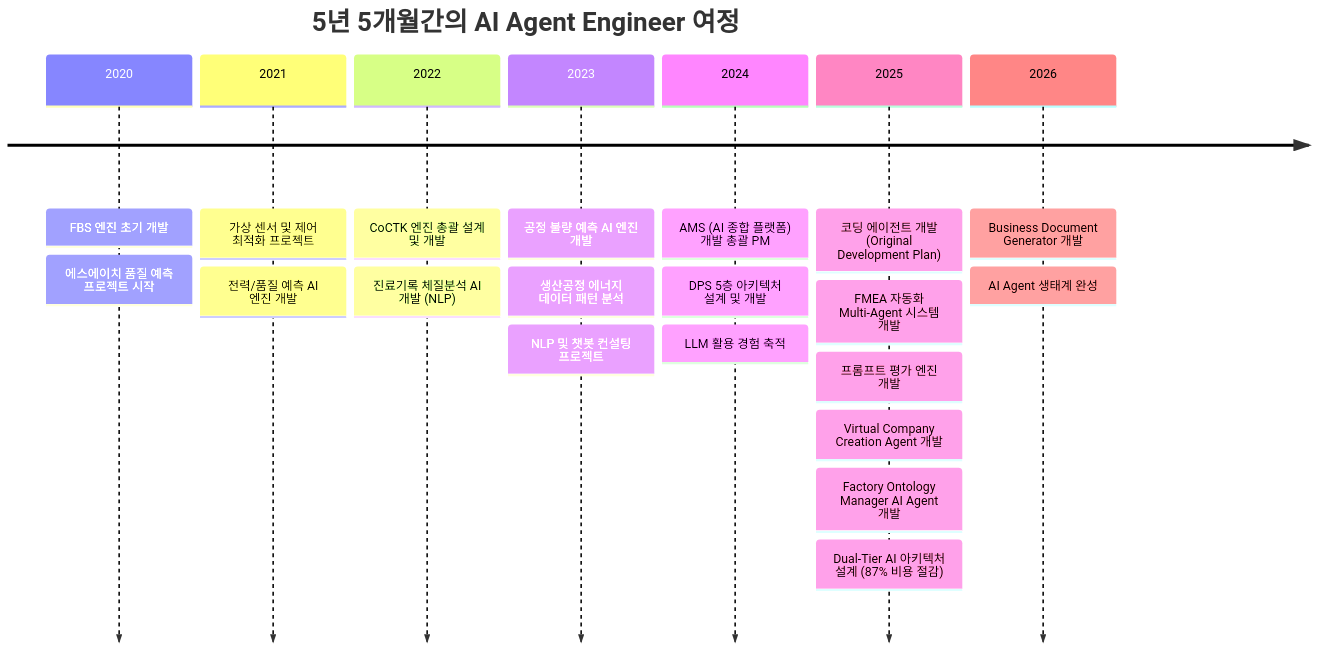
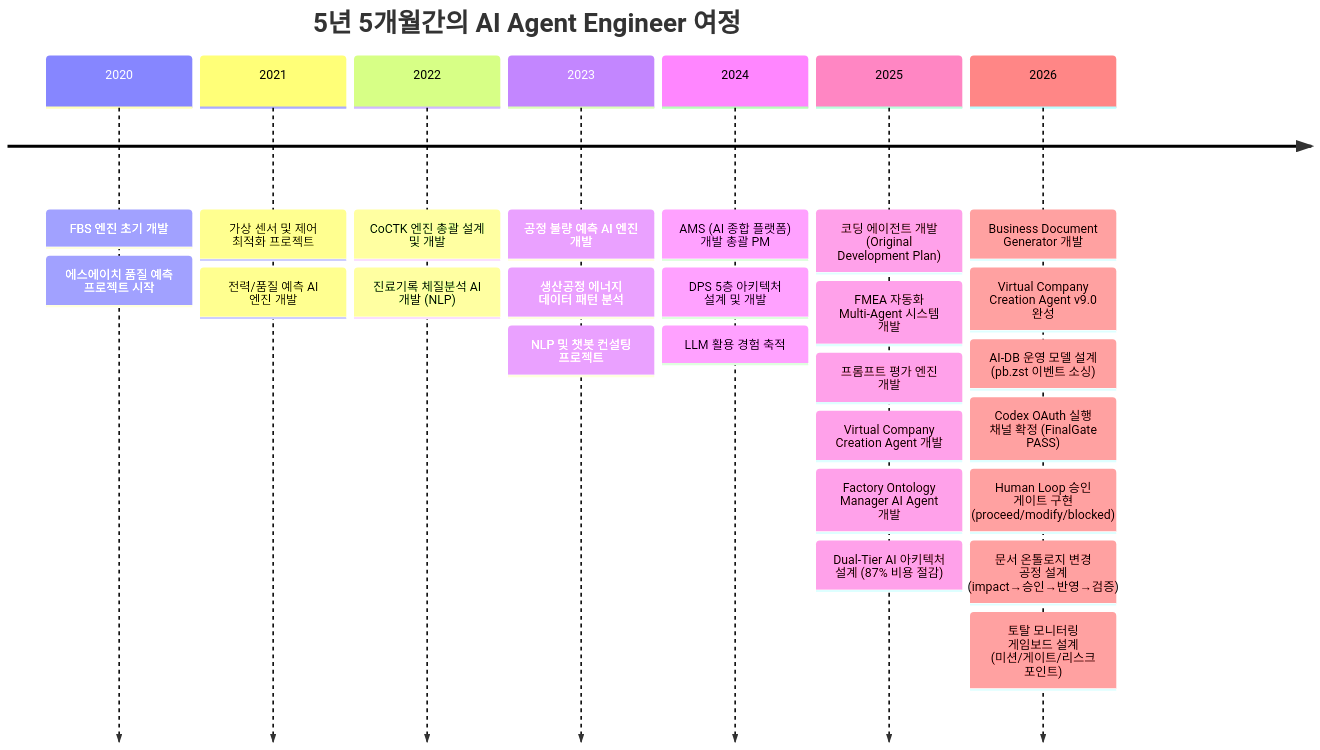
The first of 4 diagrams in portfolio/portfolio_docs/resume_generator/assets/일반공개/권순룡_이력서_일반공개_AI_Agent_Engineer.md (moobaek/Testing_AI_agents_for_public_use), drawn with Mermaid before and after one commit. The commit also changed other lines of this file and 14 other files, not shown here.

````diff
--- a/portfolio/portfolio_docs/resume_generator/assets/일반공개/권순룡_이력서_일반공개_AI_Agent_Engineer.md
+++ b/portfolio/portfolio_docs/resume_generator/assets/일반공개/권순룡_이력서_일반공개_AI_Agent_Engineer.md
@@ -17,24 +17,29 @@
 ```mermaid
 timeline
     title 5년 5개월간의 AI Agent Engineer 여정
     2020 : FBS 엔진 초기 개발
          : 에스에이치 품질 예측 프로젝트 시작
     2021 : 가상 센서 및 제어 최적화 프로젝트
          : 전력/품질 예측 AI 엔진 개발
     2022 : CoCTK 엔진 총괄 설계 및 개발
          : 진료기록 체질분석 AI 개발 (NLP)
     2023 : 공정 불량 예측 AI 엔진 개발
          : 생산공정 에너지 데이터 패턴 분석
          : NLP 및 챗봇 컨설팅 프로젝트
     2024 : AMS (AI 종합 플랫폼) 개발 총괄 PM
          : DPS 5층 아키텍처 설계 및 개발
          : LLM 활용 경험 축적
     2025 : 코딩 에이전트 개발 (Original Development Plan)
          : FMEA 자동화 Multi-Agent 시스템 개발
          : 프롬프트 평가 엔진 개발
          : Virtual Company Creation Agent 개발
          : Factory Ontology Manager AI Agent 개발
          : Dual-Tier AI 아키텍처 설계 (87% 비용 절감)
     2026 : Business Document Generator 개발
-         : AI Agent 생태계 완성
+         : Virtual Company Creation Agent v9.0 완성
+         : AI-DB 운영 모델 설계 (pb.zst 이벤트 소싱)
+         : Codex OAuth 실행 채널 확정 (FinalGate PASS)
+         : Human Loop 승인 게이트 구현 (proceed/modify/blocked)
+         : 문서 온톨로지 변경 공정 설계 (impact→승인→반영→검증)
+         : 토탈 모니터링 게임보드 설계 (미션/게이트/리스크 포인트)
 ```
````
